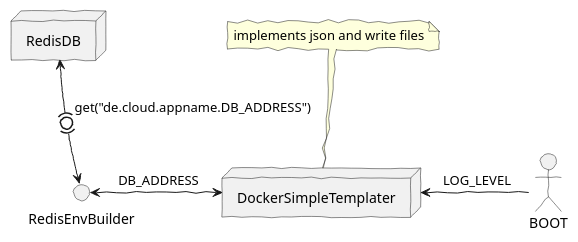
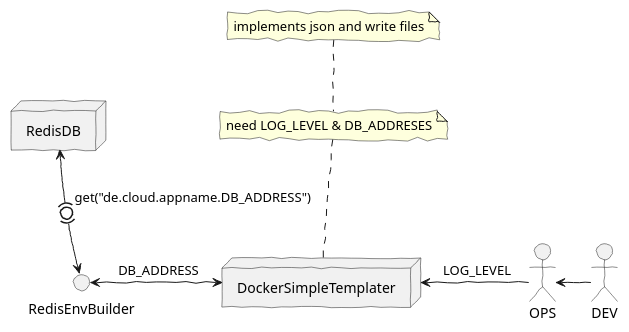
The diagram in docs/dst-architektur.puml (dockermgeo/DockerSimpleTemplater), drawn with PlantUML before and after one commit. The commit also changed 1 other file, not shown here.

```diff
--- a/docs/dst-architektur.puml
+++ b/docs/dst-architektur.puml
@@ -1,16 +1,19 @@
 @startuml
 skinparam handwritten true
 
 node RedisDB
 interface RedisEnvBuilder
-actor BOOT
+actor OPS
+actor DEV
 node DockerSimpleTemplater
 
 
 RedisDB <-(0)-> RedisEnvBuilder:get("de.cloud.appname.DB_ADDRESS")
-DockerSimpleTemplater <- BOOT:" LOG_LEVEL"
+DockerSimpleTemplater <- OPS:" LOG_LEVEL"
+OPS <- DEV
+note top: need LOG_LEVEL & DB_ADDRESES
 RedisEnvBuilder <-> DockerSimpleTemplater:" DB_ADDRESS"
 note top: implements json and write files
 
 
 @enduml
```
